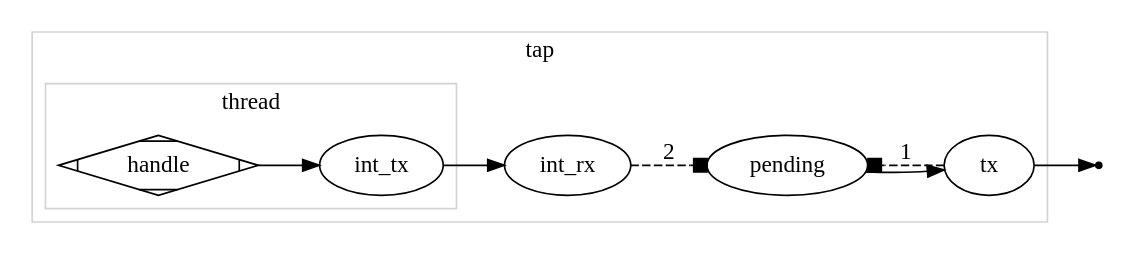
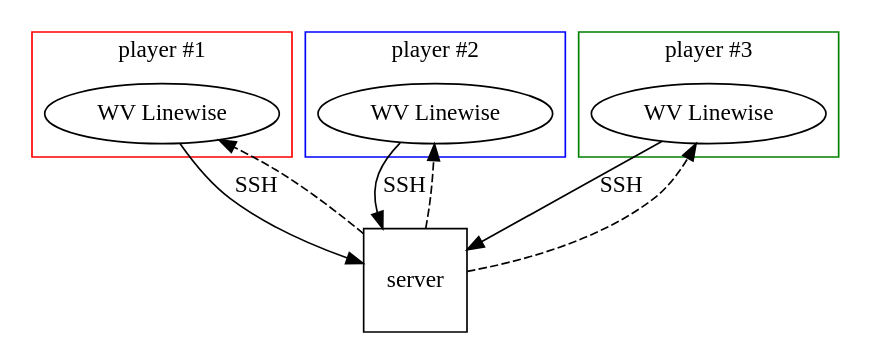
One commit to forbesmyester/pipeawesome changed the second of 3 diagrams in README.src.md. Above: the diagram before and after it, drawn with Graphviz. The commit also changed other lines of this file and 9 other files, not shown here.

````diff
--- a/README.src.md
+++ b/README.src.md
@@ -35,31 +33,38 @@
 ```dot
 digraph G {
+    
+  subgraph cluster_1 {
+    p1_wvlinewise
+    label = "player #1";
+    color=red
+  }
+  
+  subgraph cluster_2 {
+    p2_wvlinewise
+    label = "player #2";
+    color=blue
+  }
 
-    rankdir="LR";
+  subgraph cluster_3 {
+    p3_wvlinewise
+    label = "player #3";
+    color=green
+  }
+  
+  p1_wvlinewise [label="WV Linewise"]
+  p2_wvlinewise [label="WV Linewise"]
+  p3_wvlinewise [label="WV Linewise"]
 
-    subgraph cluster_tap {
-        label = "tap";
-        color=lightgrey;
-
-        subgraph cluster_tap_thread {
-            label="thread"
-            tap_handle [shape=Mdiamond, label=handle]
-            tap_int_tx [label=int_tx]
-        }
-        tap_int_rx [label=int_rx]
-        tap_tx [label=tx]
-        tap_pending [label=pending]
-
-        tap_handle -> tap_int_tx
-        tap_int_tx -> tap_int_rx
-        tap_int_rx -> tap_pending [style=dashed, label=2, arrowhead=box]
-        tap_tx -> tap_pending [style=dashed, label=1, arrowhead=box]
-        tap_pending -> tap_tx
-
-    }
-
-    tap_rx [shape=point]
-    tap_tx -> tap_rx
-
+  
+  p1_wvlinewise -> server [label="SSH"]
+  p2_wvlinewise -> server [label="SSH"]
+  p3_wvlinewise -> server [label="SSH"]
+  
+  server -> p1_wvlinewise [style="dashed", margin = "0.20,0.05"]
+  server -> p2_wvlinewise [style="dashed", margin = "0.20,0.05"]
+  server -> p3_wvlinewise [style="dashed", margin = "0.20,0.05"]
+  
+  server [shape=square];
+  
 }
 ```
````
